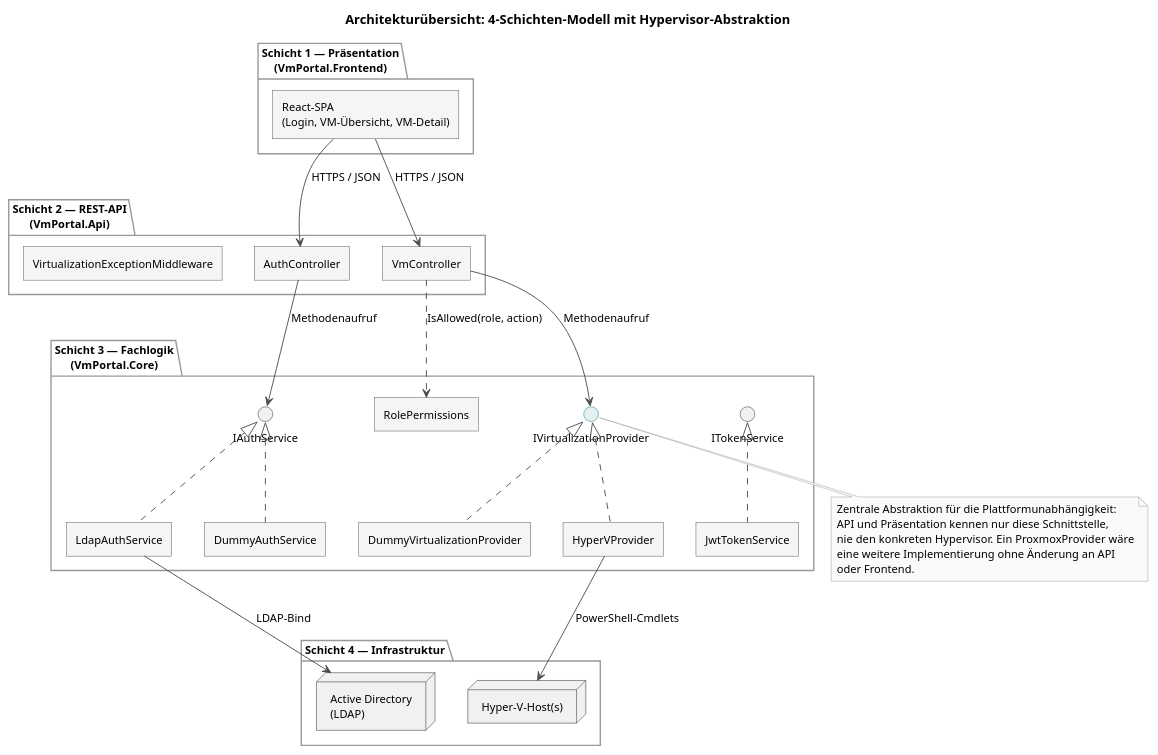
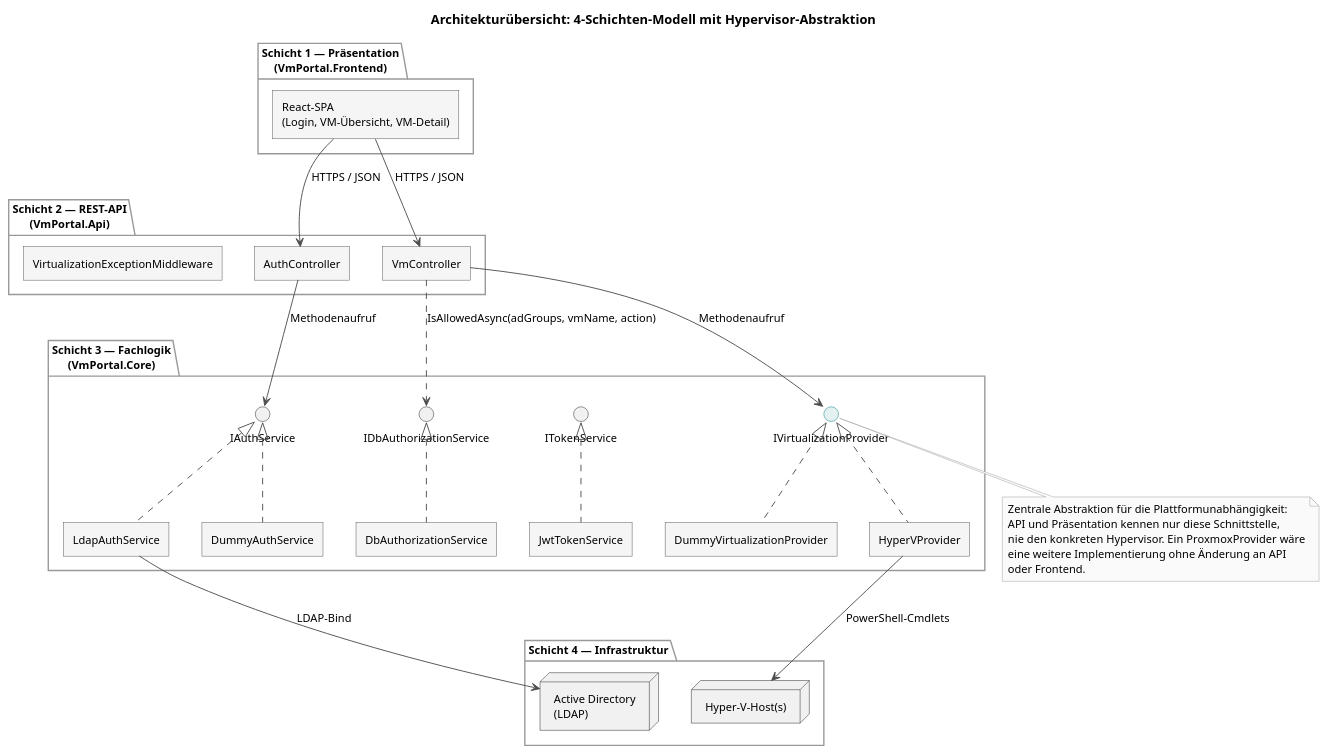
Before and after one commit to mikaildhbw/vm-portal: the diagram in thesis/diagrams/architektur_uebersicht.puml, drawn with PlantUML. The commit also changed 2 other files, not shown here.

Commit message:
fix(thesis): veraltete RolePermissions-Abhängigkeit im Architekturdiagramm korrigieren
VmController hing im Architekturdiagramm noch an RolePermissions.IsAllowed(role, action) -
diese Prüfung wurde bei der RBAC-Umstellung aus VmController entfernt. Gegen den Code
verifiziert: RolePermissions wird heute ausschließlich von AuthorizationSeedData als
Seed-Datenquelle referenziert, nicht mehr von VmController oder DbAuthorizationService.

Diagramm korrigiert: VmController -> IDbAuthorizationService -> DbAuthorizationService,
analog zum bereits korrekten sequenz_vm_aktion_autorisierung.puml und im selben Stil wie
die übrigen Interface/Implementierung-Paare im Diagramm (IAuthService/LdapAuthService
etc.). RolePermissions-Komponente entfernt, da im dargestellten Aufrufpfad ungenutzt.
Bildunterschrift in bachelorarbeit.tex erwähnte RolePermissions nicht, keine Änderung
nötig. thesis/diagrams/README.md-Hinweis auf den Fund aktualisiert (behoben statt offen).

```diff
--- a/thesis/diagrams/architektur_uebersicht.puml
+++ b/thesis/diagrams/architektur_uebersicht.puml
@@ -1,75 +1,77 @@
 @startuml architektur_uebersicht
 title Architekturübersicht: 4-Schichten-Modell mit Hypervisor-Abstraktion
 
 skinparam backgroundColor white
 skinparam shadowing false
 skinparam roundCorner 0
 skinparam defaultFontSize 12
 skinparam componentStyle rectangle
 skinparam component {
   BackgroundColor #F5F5F5
   BorderColor #4D4D4D
   ArrowColor #4D4D4D
 }
 skinparam package {
   BackgroundColor white
   BorderColor #999999
 }
 skinparam note {
   BackgroundColor #FAFAFA
   BorderColor #999999
 }
 
 package "Schicht 1 — Präsentation\n(VmPortal.Frontend)" as GUI {
   [React-SPA\n(Login, VM-Übersicht, VM-Detail)] as ReactSpa
 }
 
 package "Schicht 2 — REST-API\n(VmPortal.Api)" as API {
   [AuthController] as AuthController
   [VmController] as VmController
   [VirtualizationExceptionMiddleware] as Middleware
 }
 
 package "Schicht 3 — Fachlogik\n(VmPortal.Core)" as CORE {
   interface "IVirtualizationProvider" as IVP #E3F2F1;line:00707A
   interface "IAuthService" as IAuth
   interface "ITokenService" as IToken
-  [RolePermissions] as RolePerm
+  interface "IDbAuthorizationService" as IDbAuth
 
   [HyperVProvider] as HyperVProvider
   [DummyVirtualizationProvider] as DummyProvider
   [LdapAuthService] as LdapAuthService
   [DummyAuthService] as DummyAuthService
   [JwtTokenService] as JwtTokenService
+  [DbAuthorizationService] as DbAuthImpl
 
   HyperVProvider .up.|> IVP
   DummyProvider .up.|> IVP
   LdapAuthService .up.|> IAuth
   DummyAuthService .up.|> IAuth
   JwtTokenService .up.|> IToken
+  DbAuthImpl .up.|> IDbAuth
 }
 
 package "Schicht 4 — Infrastruktur" as INFRA {
   node "Hyper-V-Host(s)" as HyperVHost
   node "Active Directory\n(LDAP)" as AD
 }
 
 ReactSpa -down-> AuthController : HTTPS / JSON
 ReactSpa -down-> VmController : HTTPS / JSON
 
 AuthController -down-> IAuth : Methodenaufruf
 VmController -down-> IVP : Methodenaufruf
-VmController .down.> RolePerm : IsAllowed(role, action)
+VmController .down.> IDbAuth : IsAllowedAsync(adGroups, vmName, action)
 
 HyperVProvider -down-> HyperVHost : PowerShell-Cmdlets
 LdapAuthService -down-> AD : LDAP-Bind
 
 note bottom of IVP
   Zentrale Abstraktion für die Plattformunabhängigkeit:
   API und Präsentation kennen nur diese Schnittstelle,
   nie den konkreten Hypervisor. Ein ProxmoxProvider wäre
   eine weitere Implementierung ohne Änderung an API
   oder Frontend.
 end note
 
 @enduml
```
